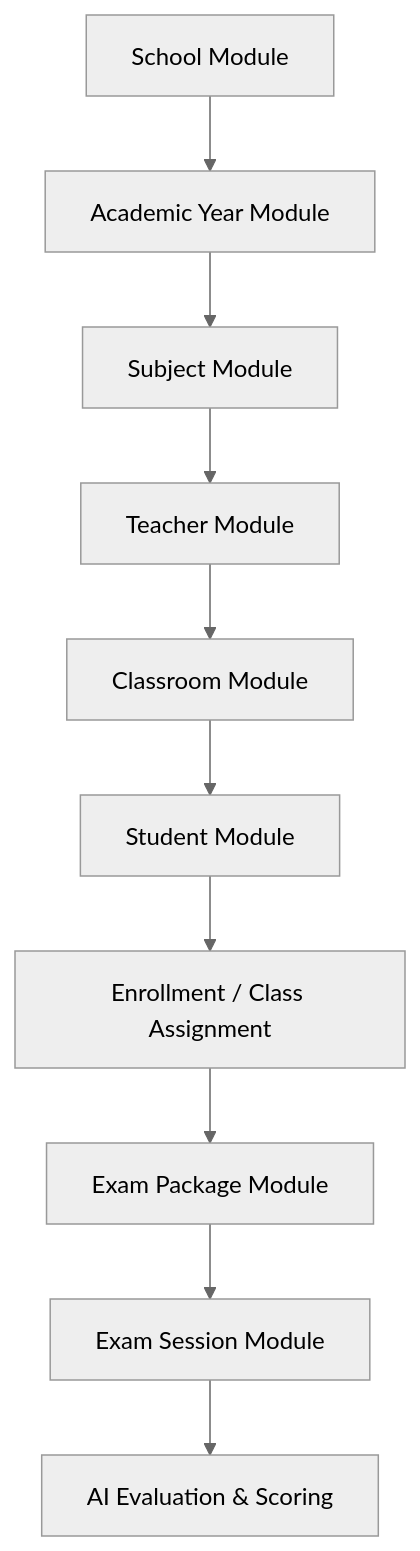
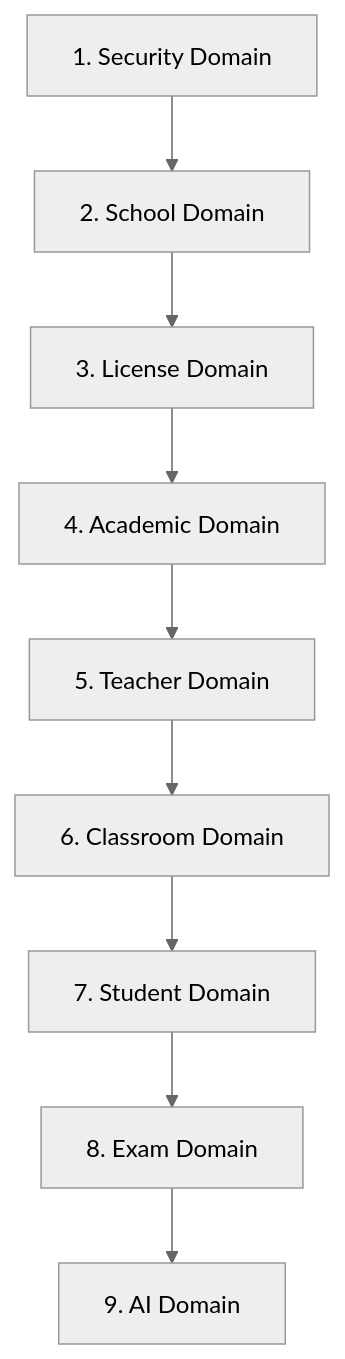
Before and after one commit to manuelixvivi/lockxam: the ninth of 9 diagrams in docs/TDD.md, drawn with Mermaid (neutral theme). The commit also changed other lines of this file and 251 other files, not shown here.

````diff
--- a/docs/TDD.md
+++ b/docs/TDD.md
@@ -267,12 +415,11 @@
 ```mermaid
 graph TD
-    School[School Module] --> AcadYear[Academic Year Module]
-    AcadYear --> Subject[Subject Module]
-    Subject --> Teacher[Teacher Module]
-    Teacher --> Class[Classroom Module]
-    Class --> Student[Student Module]
-    Student --> Enroll[Enrollment / Class Assignment]
-    Enroll --> ExamPkg[Exam Package Module]
-    ExamPkg --> ExamSess[Exam Session Module]
-    ExamSess --> AIEval[AI Evaluation & Scoring]
+    Security[1. Security Domain] --> School[2. School Domain]
+    School --> License[3. License Domain]
+    License --> Academic[4. Academic Domain]
+    Academic --> Teacher[5. Teacher Domain]
+    Teacher --> Class[6. Classroom Domain]
+    Class --> Student[7. Student Domain]
+    Student --> Exam[8. Exam Domain]
+    Exam --> AI[9. AI Domain]
 ```
````
